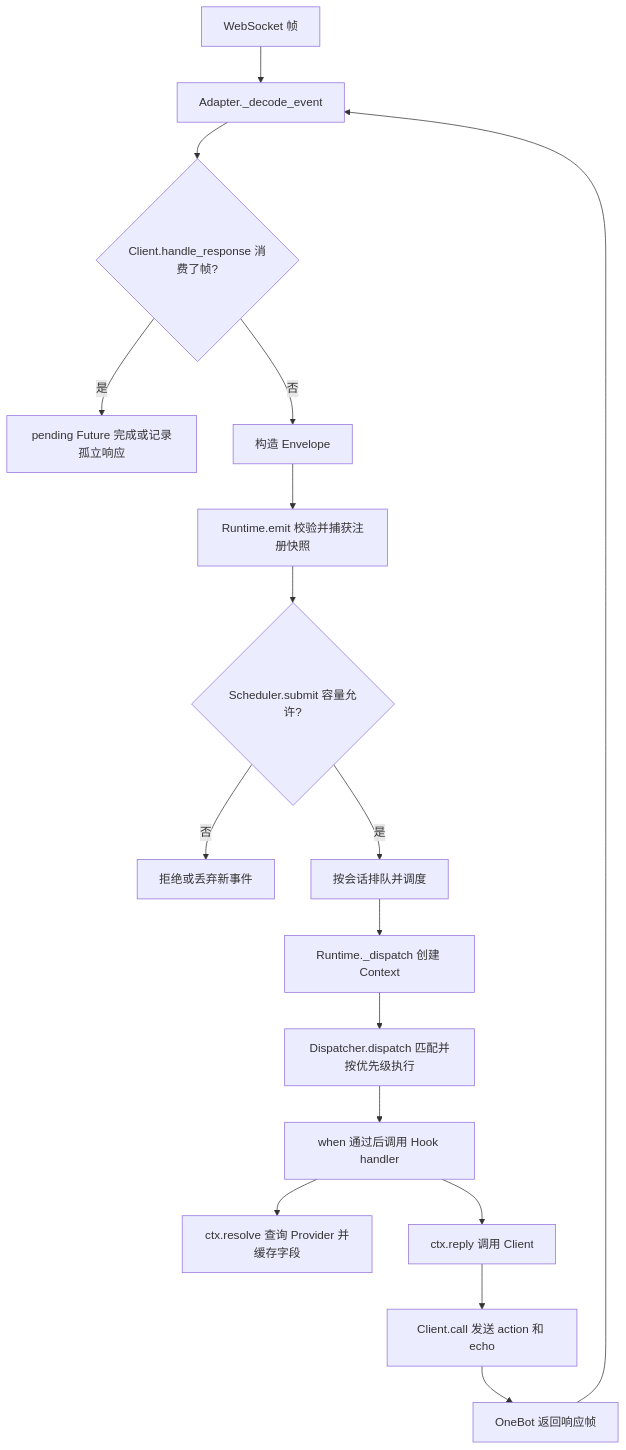
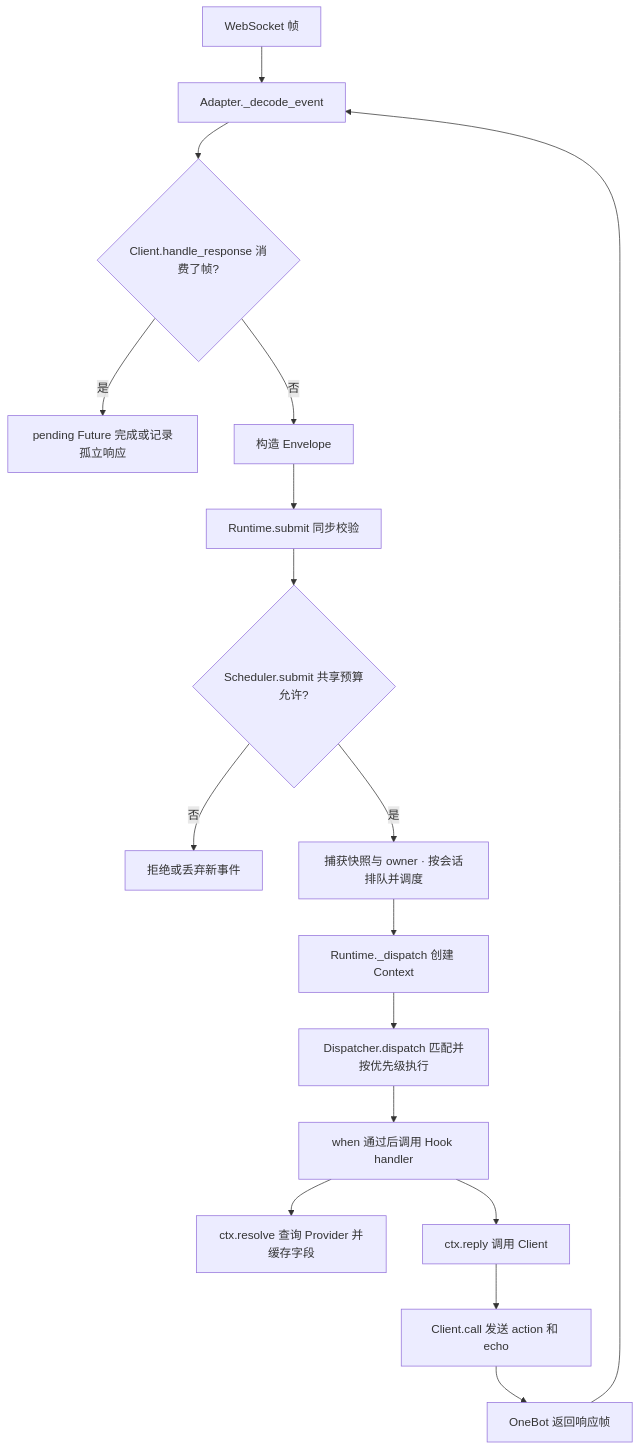
Before and after one commit to CyanReef/Tiffany: the diagram in docs/CODE_MAP.md, drawn with Mermaid. The commit also changed other lines of this file and 170 other files, not shown here.

````diff
--- a/docs/CODE_MAP.md
+++ b/docs/CODE_MAP.md
@@ -170,19 +179,19 @@
 ```mermaid
 flowchart TD
     Frame[WebSocket 帧] --> Decode[Adapter._decode_event]
     Decode --> Echo{Client.handle_response 消费了帧?}
     Echo -->|是| Pending[pending Future 完成或记录孤立响应]
     Echo -->|否| Envelope[构造 Envelope]
-    Envelope --> Emit[Runtime.emit 校验并捕获注册快照]
-    Emit --> Admission{Scheduler.submit 容量允许?}
+    Envelope --> Emit[Runtime.submit 同步校验]
+    Emit --> Admission{Scheduler.submit 共享预算允许?}
     Admission -->|否| Reject[拒绝或丢弃新事件]
-    Admission -->|是| Lane[按会话排队并调度]
+    Admission -->|是| Lane[捕获快照与 owner · 按会话排队并调度]
     Lane --> Dispatch[Runtime._dispatch 创建 Context]
     Dispatch --> Route[Dispatcher.dispatch 匹配并按优先级执行]
     Route --> Handler[when 通过后调用 Hook handler]
     Handler --> Resolve[ctx.resolve 查询 Provider 并缓存字段]
     Handler --> Reply[ctx.reply 调用 Client]
     Reply --> Action[Client.call 发送 action 和 echo]
     Action --> Response[OneBot 返回响应帧]
     Response --> Decode
 ```
````
